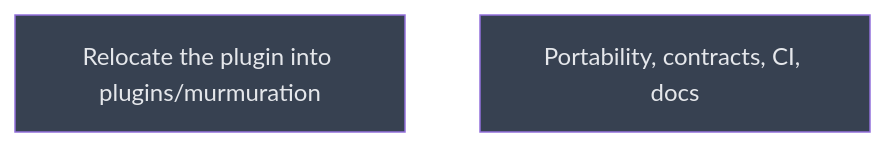
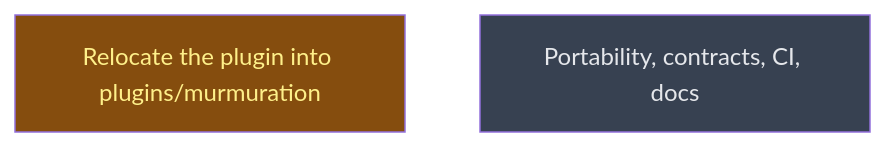
The diagram in __roadmap__/claude_code_release/README.md (CrackingShells/Murmuration), drawn with Mermaid before and after one commit. The commit also changed other lines of this file and 49 other files, not shown here.

First line of the commit message:
refactor(plugin): move the plugin runtime into plugins/murmuration

````diff
--- a/__roadmap__/claude_code_release/README.md
+++ b/__roadmap__/claude_code_release/README.md
@@ -33,10 +33,10 @@
 ```mermaid
 graph TD
-    relocate_plugin[Relocate the plugin into plugins/murmuration]:::planned
+    relocate_plugin[Relocate the plugin into plugins/murmuration]:::inprogress
     next[Portability, contracts, CI, docs]:::planned
     classDef done       fill:#166534,color:#bbf7d0
     classDef inprogress fill:#854d0e,color:#fef08a
     classDef planned    fill:#374151,color:#e5e7eb
     classDef amendment  fill:#1e3a5f,color:#bfdbfe
     classDef blocked    fill:#7f1d1d,color:#fecaca
 ```
````
